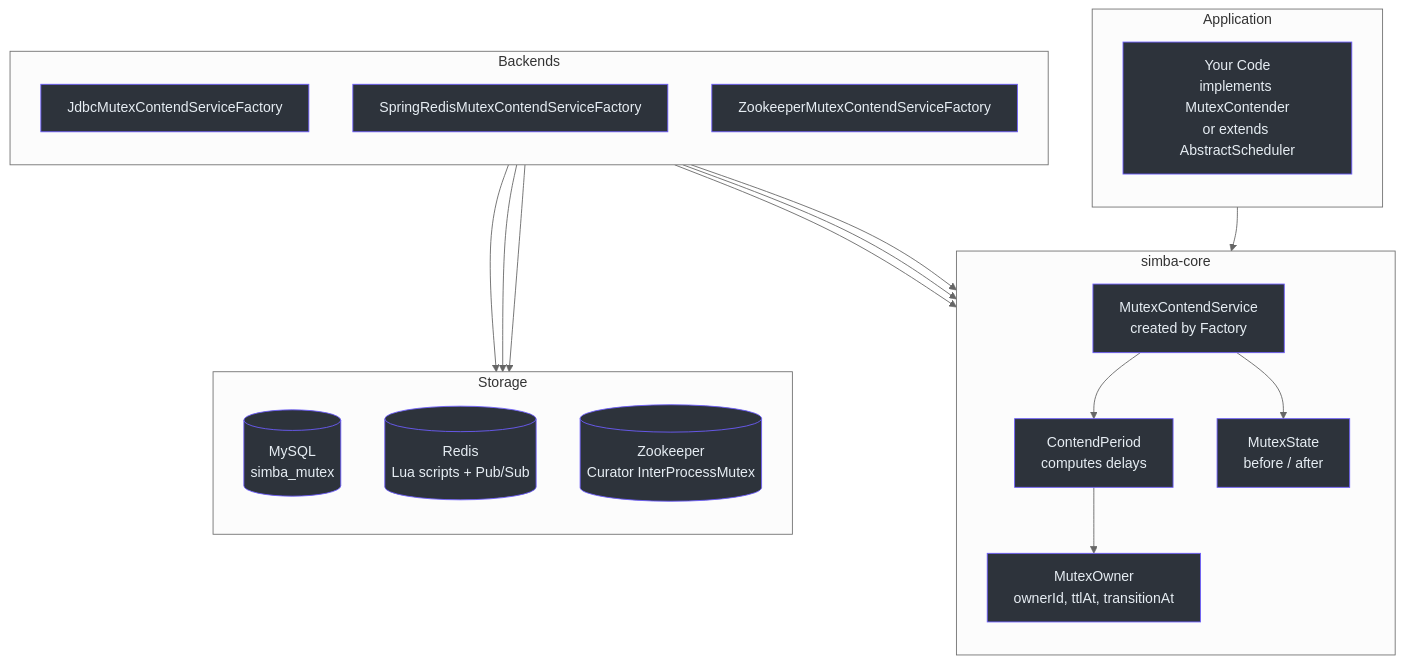
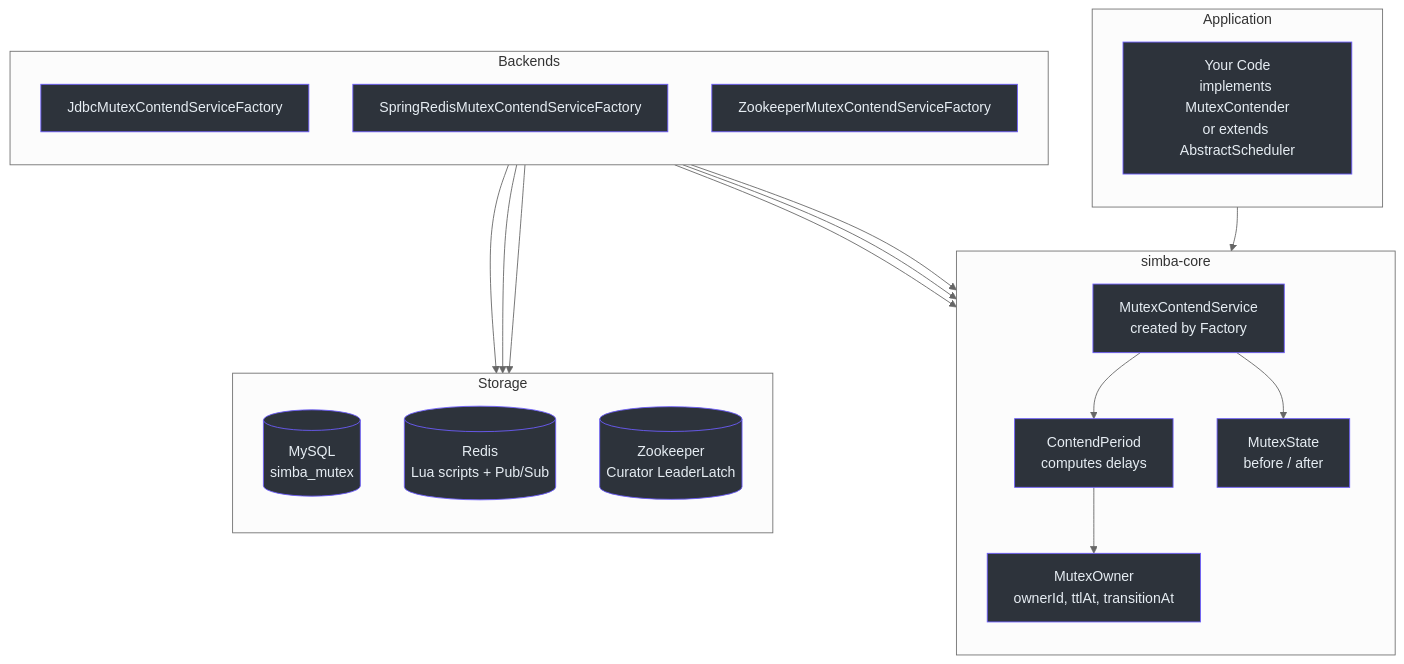
The first of 3 diagrams in wiki/zh/guide/index.md (Ahoo-Wang/Simba), drawn with Mermaid (neutral theme) before and after one commit. The commit also changed other lines of this file and 21 other files, not shown here.

````diff
--- a/wiki/zh/guide/index.md
+++ b/wiki/zh/guide/index.md
@@ -80,53 +80,53 @@
 ```mermaid
 graph TD
     subgraph sg_73 ["Application"]
         direction TB
         APP["Your Code<br>implements MutexContender<br>or extends AbstractScheduler"]
     end
 
     subgraph sg_74 ["simba-core"]
         direction TB
         CS["MutexContendService<br>created by Factory"]
         CP["ContendPeriod<br>computes delays"]
         MO["MutexOwner<br>ownerId, ttlAt, transitionAt"]
         MS["MutexState<br>before / after"]
     end
 
     subgraph sg_75 ["Backends"]
         direction TB
         JF["JdbcMutexContendServiceFactory"]
         RF["SpringRedisMutexContendServiceFactory"]
         ZF["ZookeeperMutexContendServiceFactory"]
     end
 
     subgraph sg_76 ["Storage"]
         direction TB
         MYSQL[("MySQL<br>simba_mutex")]
         REDIS[("Redis<br>Lua scripts + Pub/Sub")]
-        ZK[("Zookeeper<br>Curator InterProcessMutex")]
+        ZK[("Zookeeper<br>Curator LeaderLatch")]
     end
 
     APP --> CS
     CS --> CP
     CS --> MS
     CP --> MO
     JF --> CS
     RF --> CS
     ZF --> CS
     JF --> MYSQL
     RF --> REDIS
     ZF --> ZK
 
     style APP fill:#2d333b,stroke:#6d5dfc,color:#e6edf3
     style CS fill:#2d333b,stroke:#6d5dfc,color:#e6edf3
     style CP fill:#2d333b,stroke:#6d5dfc,color:#e6edf3
     style MO fill:#2d333b,stroke:#6d5dfc,color:#e6edf3
     style MS fill:#2d333b,stroke:#6d5dfc,color:#e6edf3
     style JF fill:#2d333b,stroke:#6d5dfc,color:#e6edf3
     style RF fill:#2d333b,stroke:#6d5dfc,color:#e6edf3
     style ZF fill:#2d333b,stroke:#6d5dfc,color:#e6edf3
     style MYSQL fill:#2d333b,stroke:#6d5dfc,color:#e6edf3
     style REDIS fill:#2d333b,stroke:#6d5dfc,color:#e6edf3
     style ZK fill:#2d333b,stroke:#6d5dfc,color:#e6edf3
 
 ```
````
